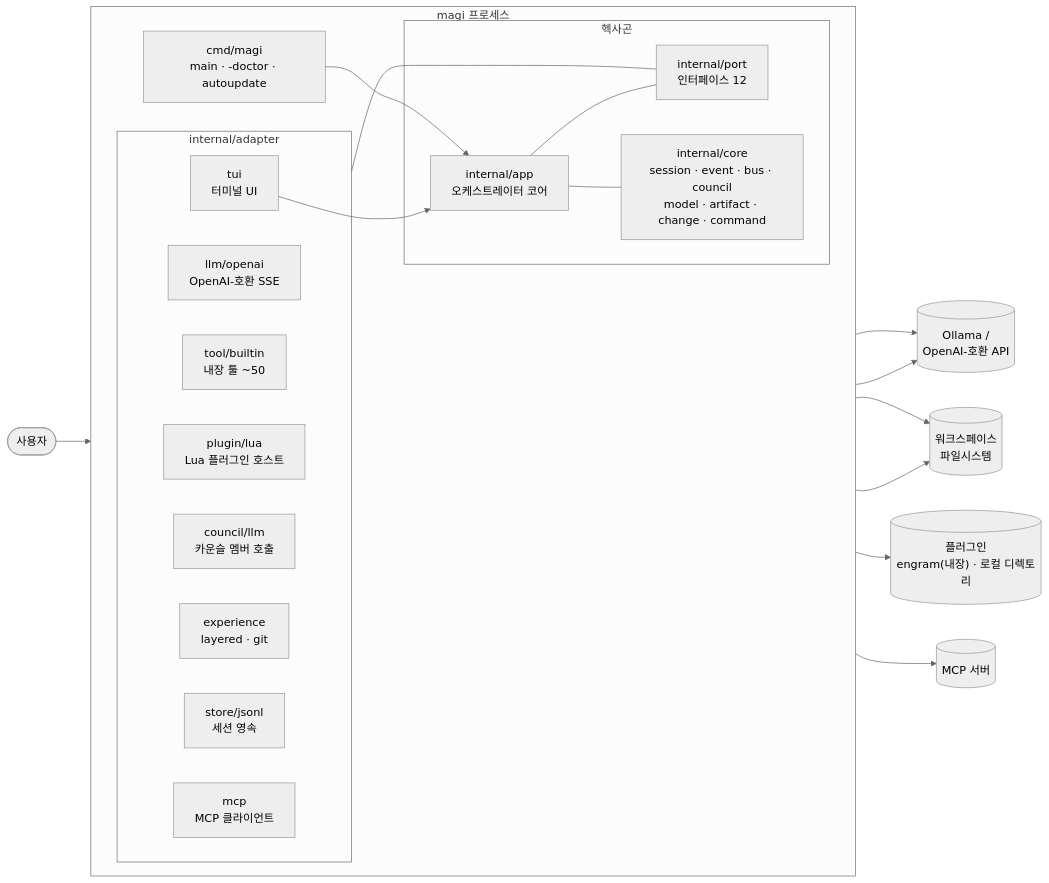
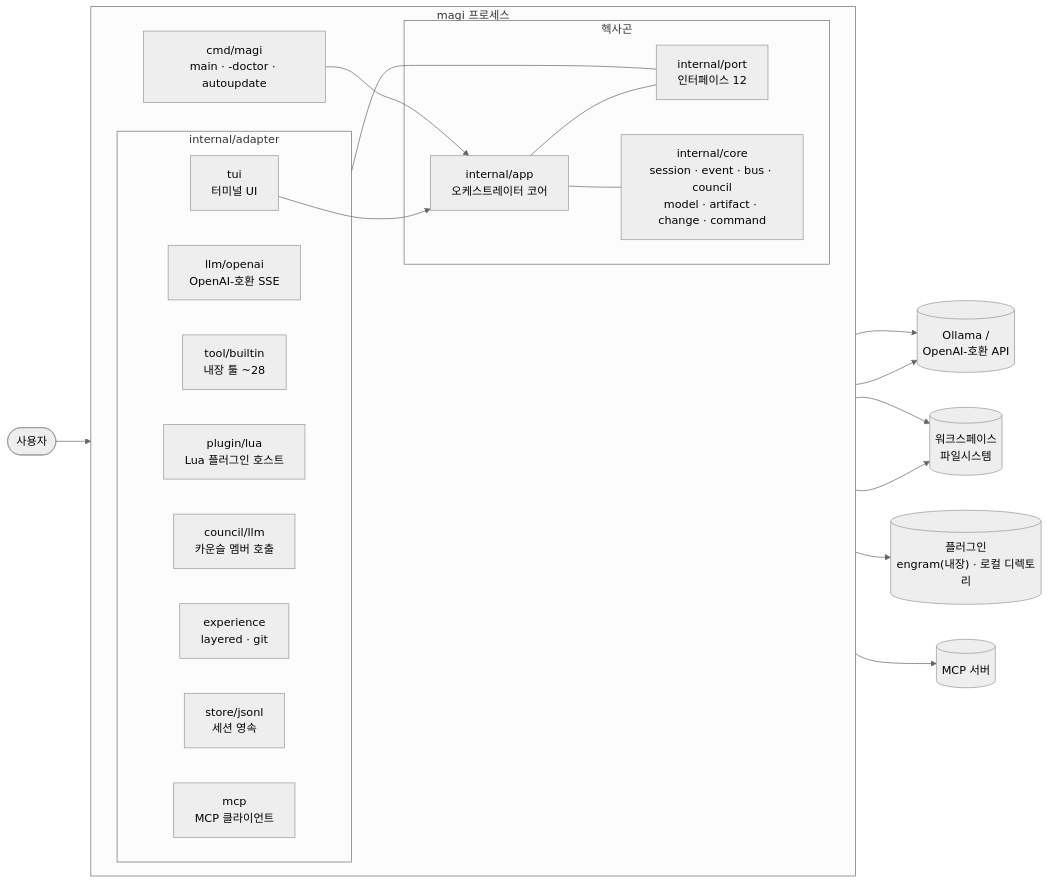
The first of 4 diagrams in docs/DIAGRAMS.md (sayaya1090/magi), drawn with Mermaid before and after one commit. The commit also changed other lines of this file and 4 other files, not shown here.

````diff
--- a/docs/DIAGRAMS.md
+++ b/docs/DIAGRAMS.md
@@ -14,40 +14,40 @@
 ```mermaid
 %%{init: {'theme':'neutral','flowchart':{'curve':'basis'}}}%%
 flowchart LR
   user(["사용자"])
   subgraph proc["magi 프로세스"]
     direction LR
     cmd["cmd/magi<br/>main · -doctor · autoupdate"]
     subgraph hex["헥사곤"]
       app["internal/app<br/>오케스트레이터 코어"]
       port["internal/port<br/>인터페이스 12"]
       core["internal/core<br/>session · event · bus · council<br/>model · artifact · change · command"]
     end
     subgraph adp["internal/adapter"]
       tui["tui<br/>터미널 UI"]
       llm["llm/openai<br/>OpenAI-호환 SSE"]
-      tools["tool/builtin<br/>내장 툴 ~50"]
+      tools["tool/builtin<br/>내장 툴 ~28"]
       lua["plugin/lua<br/>Lua 플러그인 호스트"]
       council["council/llm<br/>카운슬 멤버 호출"]
       exp["experience<br/>layered · git"]
       store["store/jsonl<br/>세션 영속"]
       mcp["mcp<br/>MCP 클라이언트"]
     end
   end
   ollama[("Ollama /<br/>OpenAI-호환 API")]
   ws[("워크스페이스<br/>파일시스템")]
   plug[("플러그인<br/>engram(내장) · 로컬 디렉토리")]
   mcpsrv[("MCP 서버")]
 
   user --> tui --> app
   cmd --> app
   app --- port
   app --- core
   port --- adp
   llm --> ollama
   council --> ollama
   tools --> ws
   lua --> plug
   mcp --> mcpsrv
   store --> ws
 ```
````
